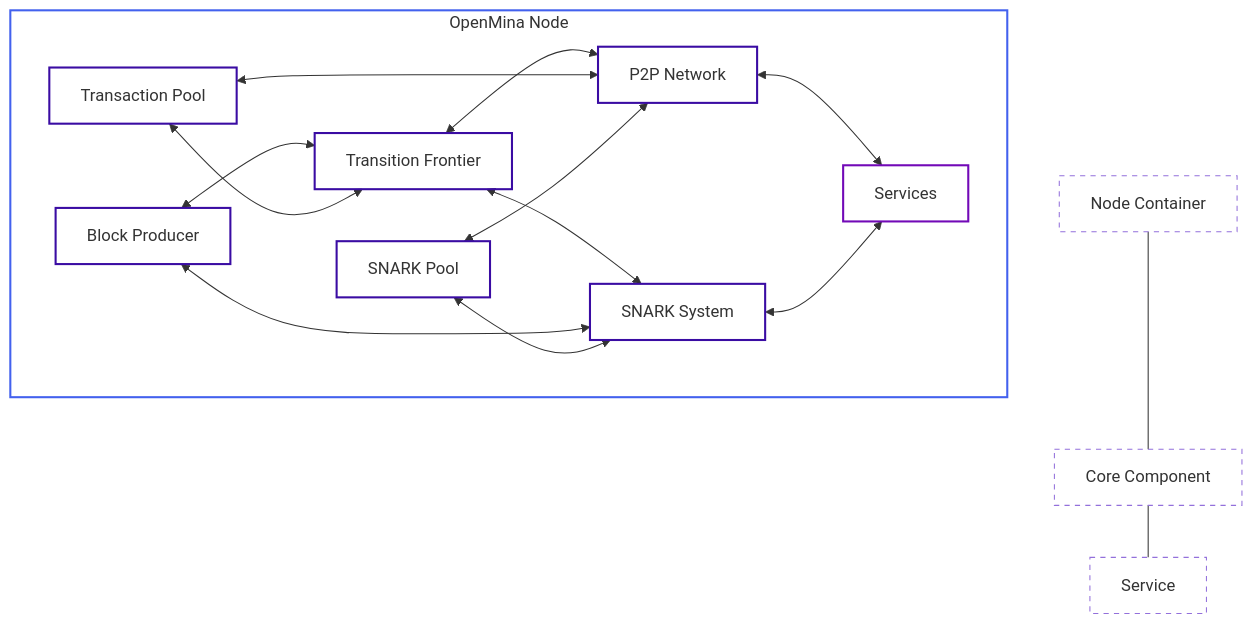
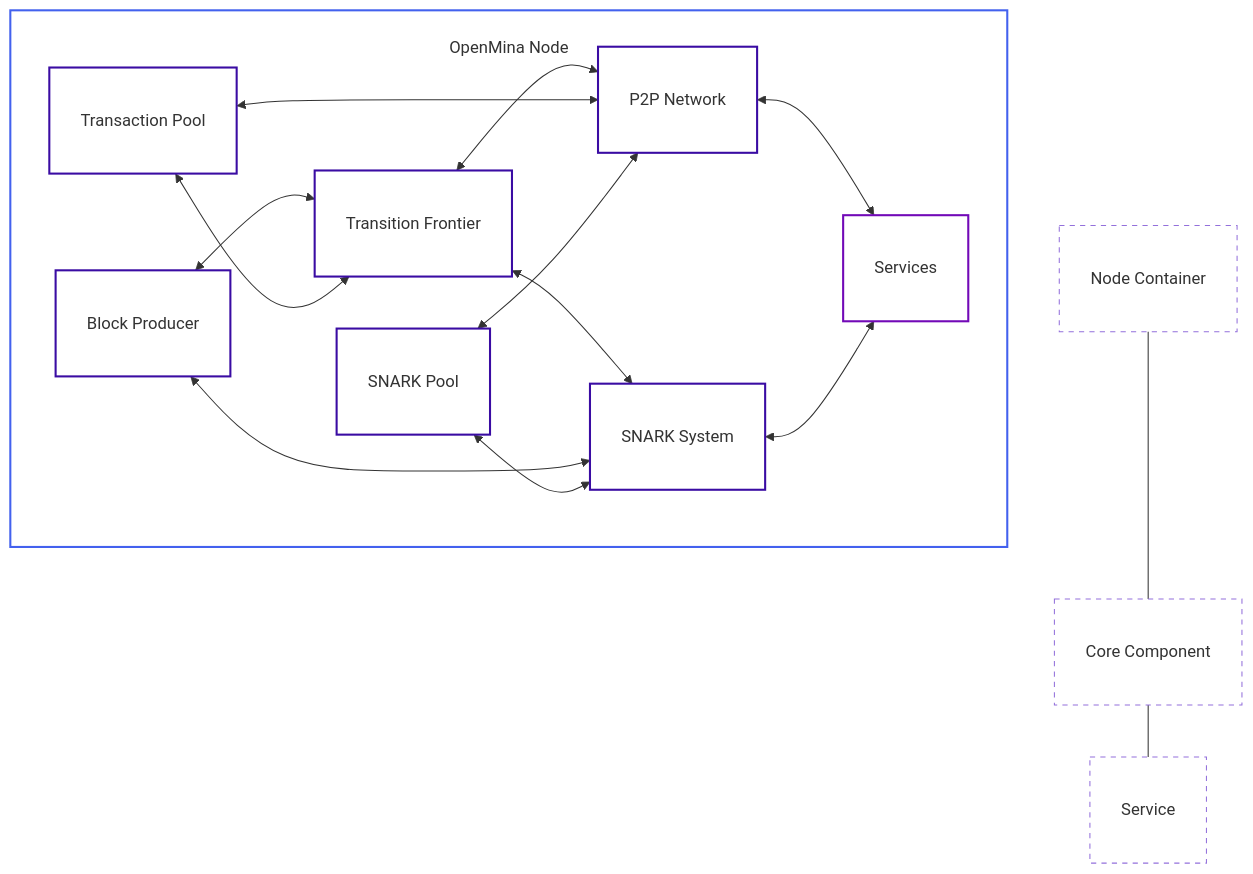
One commit to openmina/openmina changed the diagram in llm-docs-v2/architecture/system-overview.md. Above: the diagram before and after it, drawn with Mermaid. The commit also changed other lines of this file and 11 other files, not shown here.

````diff
--- a/llm-docs-v2/architecture/system-overview.md
+++ b/llm-docs-v2/architecture/system-overview.md
@@ -7,28 +7,28 @@
 ```mermaid
 graph TD
     subgraph OpenMina["OpenMina Node"]
         TF["Transition Frontier"] <--> SNARK["SNARK System"]
         TF <--> P2P["P2P Network"]
         P2P <--> Services["Services"]
         SNARK <--> Services
         BP["Block Producer"] <--> TF
         BP <--> SNARK
         TP["Transaction Pool"] <--> TF
         TP <--> P2P
         SP["SNARK Pool"] <--> SNARK
         SP <--> P2P
     end
-    
+
     %% Legend
     L1["Node Container"] --- L2["Core Component"] --- L3["Service"]
-    
-    classDef core stroke:#4361ee,stroke-width:2px,fill:none;
-    classDef component stroke:#3a0ca3,stroke-width:2px,fill:none;
-    classDef service stroke:#7209b7,stroke-width:2px,fill:none;
-    classDef legend stroke-dasharray: 5 5, fill:none;
-    
+
+    classDef core stroke:#4361ee,stroke-width:2px,fill:none,padding:15px,margin:10px;
+    classDef component stroke:#3a0ca3,stroke-width:2px,fill:none,padding:15px,margin:10px;
+    classDef service stroke:#7209b7,stroke-width:2px,fill:none,padding:15px,margin:10px;
+    classDef legend stroke-dasharray: 5 5, fill:none,padding:15px,margin:10px;
+
     class OpenMina core;
     class TF,SNARK,P2P,BP,TP,SP component;
     class Services service;
     class L1,L2,L3 legend;
 ```
````
